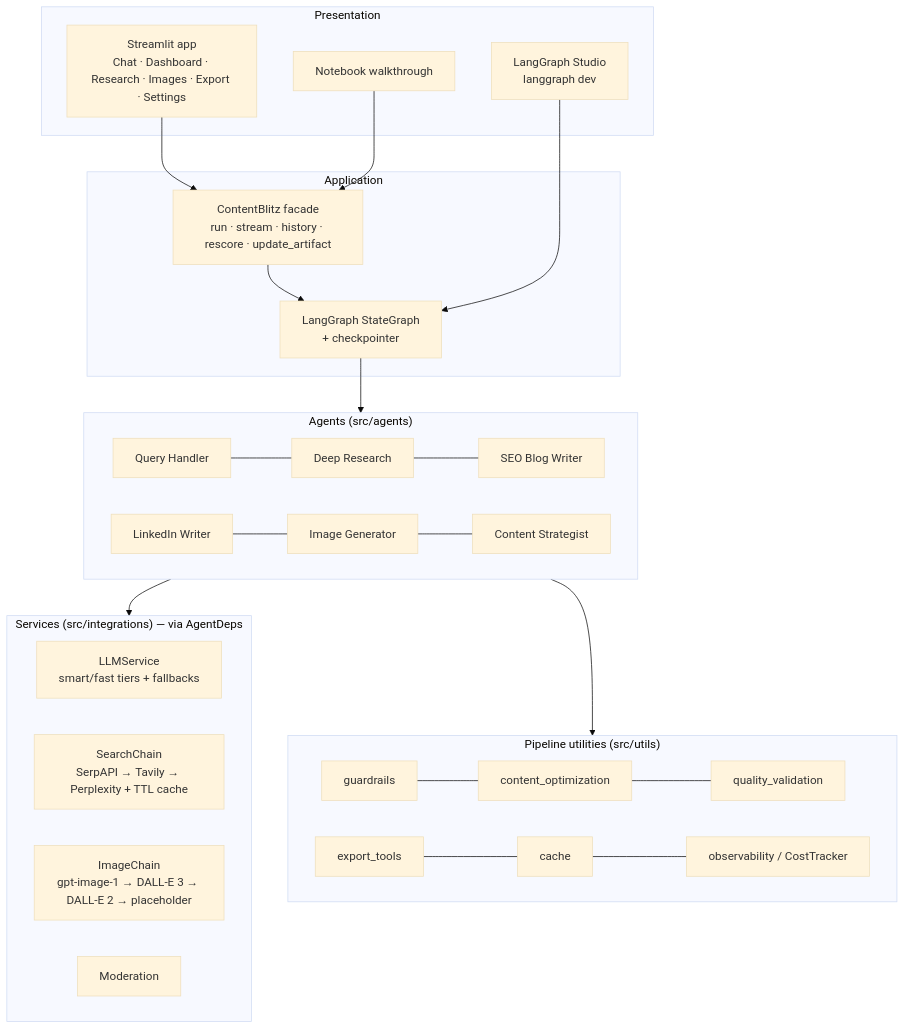
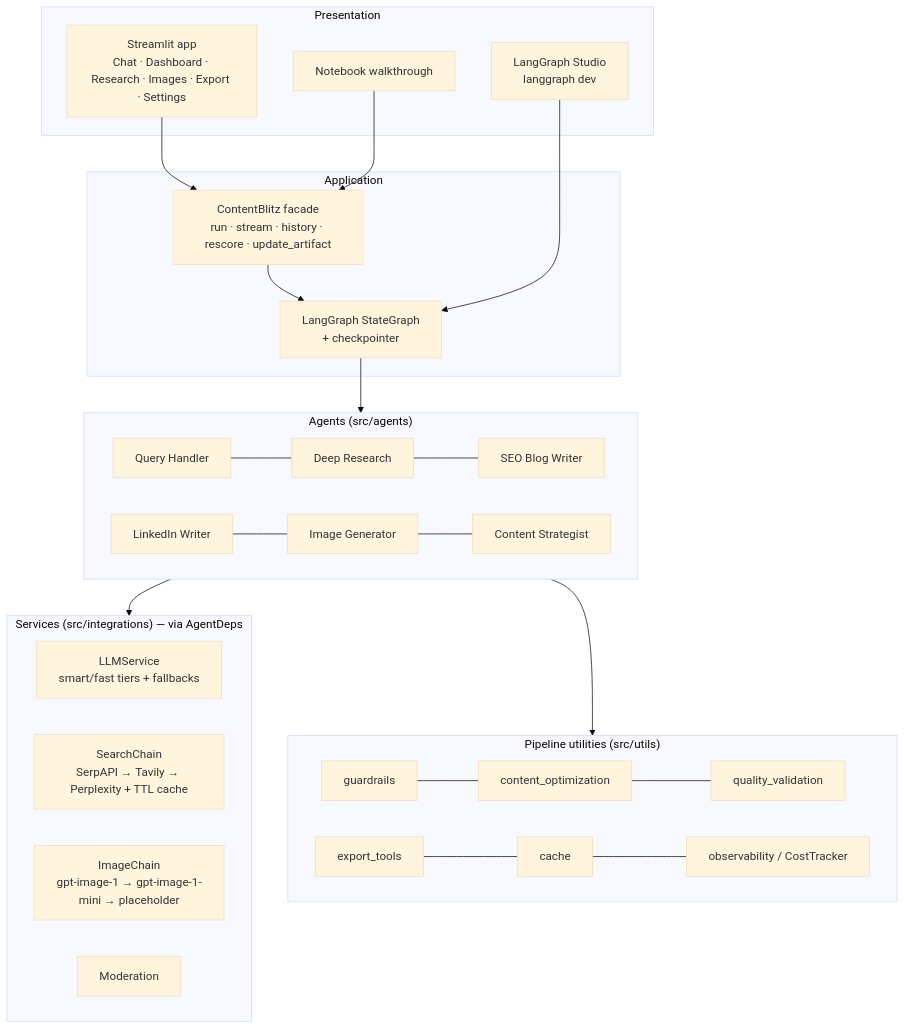
One commit to cinnamon0590/ContentBlitz changed the first of 4 diagrams in docs/architecture.md. Above: the diagram before and after it, drawn with Mermaid (base theme). The commit also changed 18 other files, not shown here.

````diff
--- a/docs/architecture.md
+++ b/docs/architecture.md
@@ -9,29 +9,29 @@
 ```mermaid
 flowchart TB
     subgraph UI["Presentation"]
         ST[Streamlit app<br/>Chat · Dashboard · Research · Images · Export · Settings]
         NB[Notebook walkthrough]
         LGS[LangGraph Studio<br/>langgraph dev]
     end
     subgraph APP["Application"]
         F[ContentBlitz facade<br/>run · stream · history · rescore · update_artifact]
         G[LangGraph StateGraph<br/>+ checkpointer]
     end
     subgraph AG["Agents (src/agents)"]
         QH[Query Handler] --- RA[Deep Research] --- BW[SEO Blog Writer]
         LW[LinkedIn Writer] --- IG[Image Generator] --- CS[Content Strategist]
     end
     subgraph SV["Services (src/integrations) — via AgentDeps"]
         LLM[LLMService<br/>smart/fast tiers + fallbacks]
         SC[SearchChain<br/>SerpAPI → Tavily → Perplexity + TTL cache]
-        IC[ImageChain<br/>gpt-image-1 → DALL-E 3 → DALL-E 2 → placeholder]
+        IC[ImageChain<br/>gpt-image-1 → gpt-image-1-mini → placeholder]
         MOD[Moderation]
     end
     subgraph UT["Pipeline utilities (src/utils)"]
         GR[guardrails] --- CO[content_optimization] --- QV[quality_validation]
         EX[export_tools] --- CA[cache] --- OB[observability / CostTracker]
     end
     ST & NB --> F --> G --> AG
     LGS --> G
     AG --> SV & UT
 ```
````
